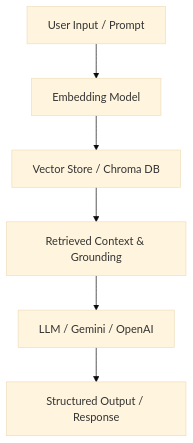
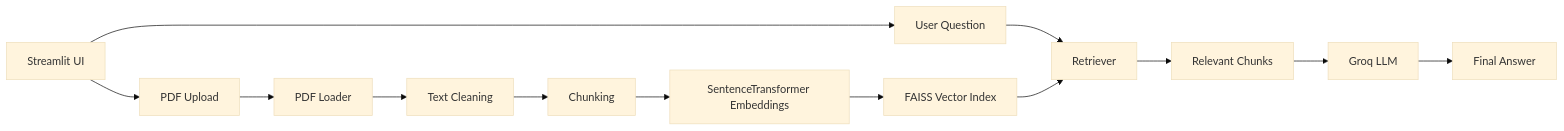
One commit to PYLA-VENKATA-SAI-KARTHIK/Rag_document_assistant changed the diagram in readme.md. Above: the diagram before and after it, drawn with Mermaid (base theme). The commit also changed other lines of this file and 2 other files, not shown here.

````diff
--- a/readme.md
+++ b/readme.md
@@ -51,8 +18,15 @@
 ```mermaid
-graph TD;
-    A[User Input / Prompt] --> B[Embedding Model];
-    B --> C[Vector Store / Chroma DB];
-    C --> D[Retrieved Context & Grounding];
-    D --> E[LLM / Gemini / OpenAI];
-    E --> F[Structured Output / Response];
+flowchart LR
+    A[PDF Upload] --> B[PDF Loader]
+    B --> C[Text Cleaning]
+    C --> D[Chunking]
+    D --> E[SentenceTransformer Embeddings]
+    E --> F[FAISS Vector Index]
+    Q[User Question] --> G[Retriever]
+    F --> G
+    G --> H[Relevant Chunks]
+    H --> I[Groq LLM]
+    I --> J[Final Answer]
+    K[Streamlit UI] --> A
+    K --> Q
 ```
````
